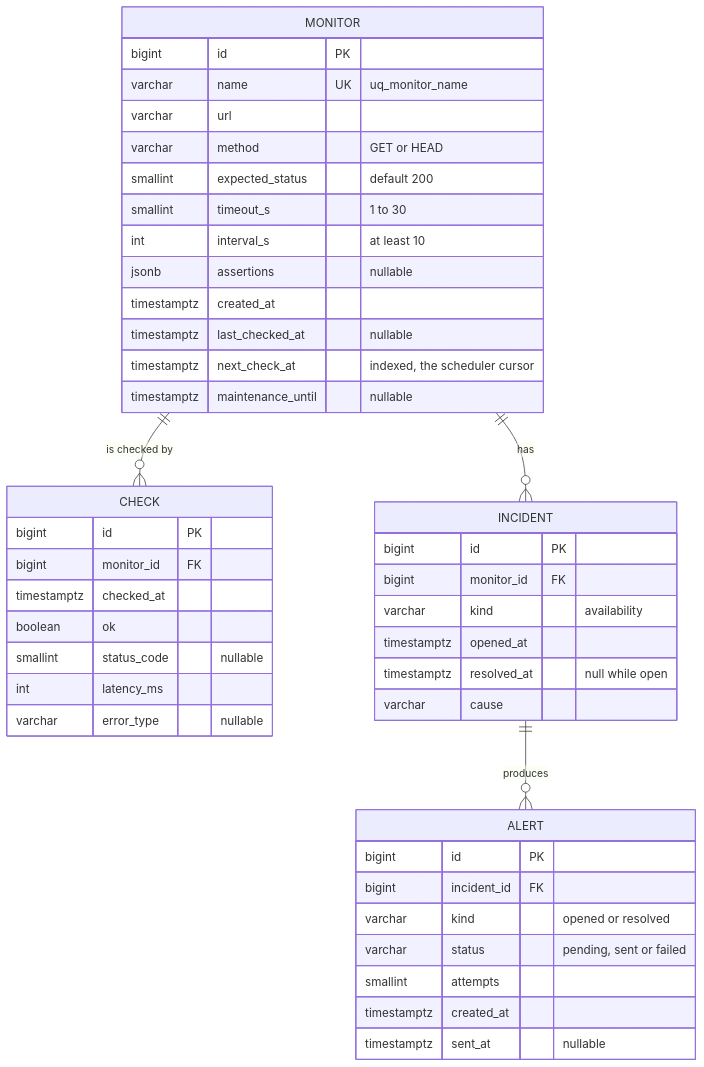
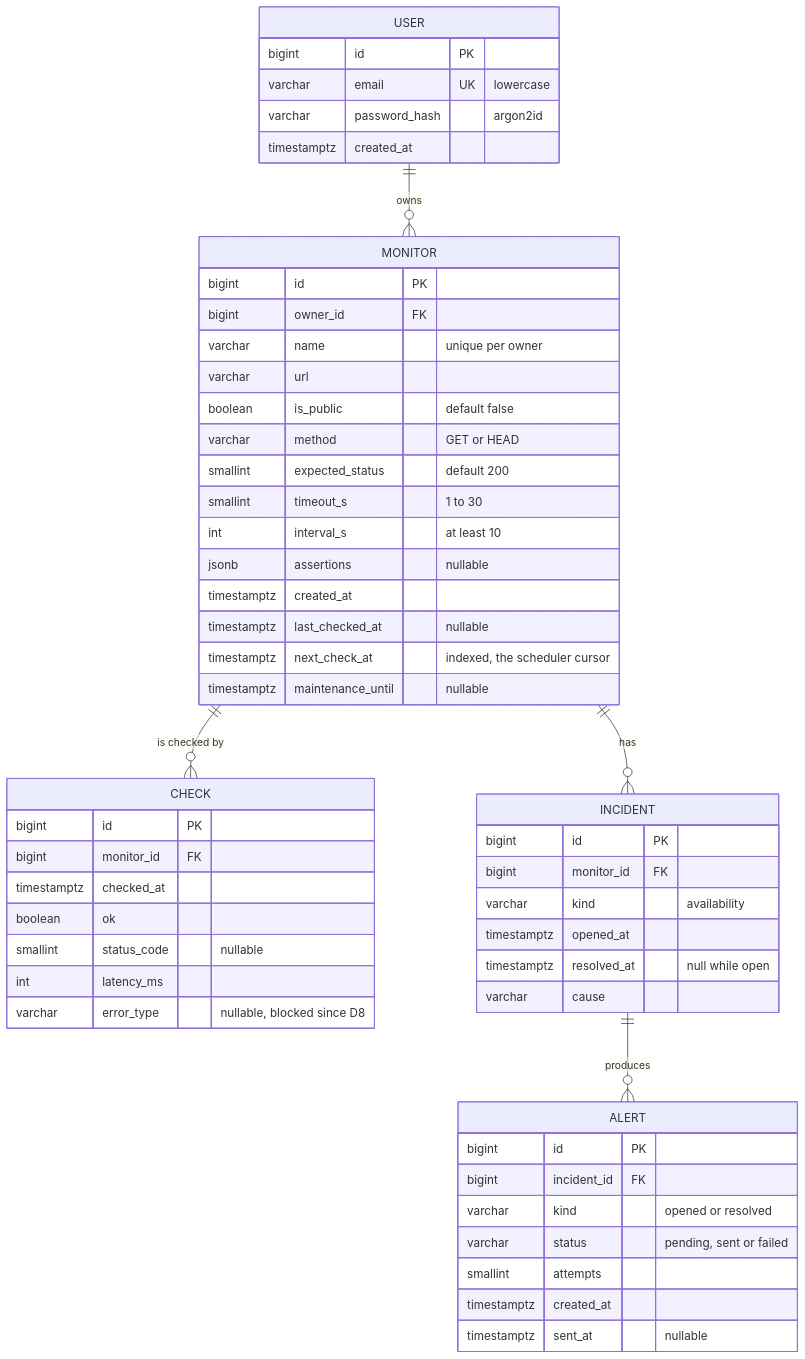
One commit to wbaghdadi20/pulse changed the fifth of 12 diagrams in ARCHITECTURE.md. Above: the diagram before and after it, drawn with Mermaid. The commit also changed other lines of this file, not shown here.

Commit message:
docs: bring the C4 diagrams, data model and flows up to date for D8

````diff
--- a/ARCHITECTURE.md
+++ b/ARCHITECTURE.md
@@ -217,47 +255,56 @@
 ```mermaid
 erDiagram
+    USER ||--o{ MONITOR : "owns"
     MONITOR ||--o{ CHECK : "is checked by"
     MONITOR ||--o{ INCIDENT : "has"
     INCIDENT ||--o{ ALERT : "produces"
 
+    USER {
+        bigint id PK
+        varchar email UK "lowercase"
+        varchar password_hash "argon2id"
+        timestamptz created_at
+    }
     MONITOR {
         bigint id PK
-        varchar name UK "uq_monitor_name"
+        bigint owner_id FK
+        varchar name "unique per owner"
         varchar url
+        boolean is_public "default false"
         varchar method "GET or HEAD"
         smallint expected_status "default 200"
         smallint timeout_s "1 to 30"
         int interval_s "at least 10"
         jsonb assertions "nullable"
         timestamptz created_at
         timestamptz last_checked_at "nullable"
         timestamptz next_check_at "indexed, the scheduler cursor"
         timestamptz maintenance_until "nullable"
     }
     CHECK {
         bigint id PK
         bigint monitor_id FK
         timestamptz checked_at
         boolean ok
         smallint status_code "nullable"
         int latency_ms
-        varchar error_type "nullable"
+        varchar error_type "nullable, blocked since D8"
     }
     INCIDENT {
         bigint id PK
         bigint monitor_id FK
         varchar kind "availability"
         timestamptz opened_at
         timestamptz resolved_at "null while open"
         varchar cause
     }
     ALERT {
         bigint id PK
         bigint incident_id FK
         varchar kind "opened or resolved"
         varchar status "pending, sent or failed"
         smallint attempts
         timestamptz created_at
         timestamptz sent_at "nullable"
     }
 ```
````
